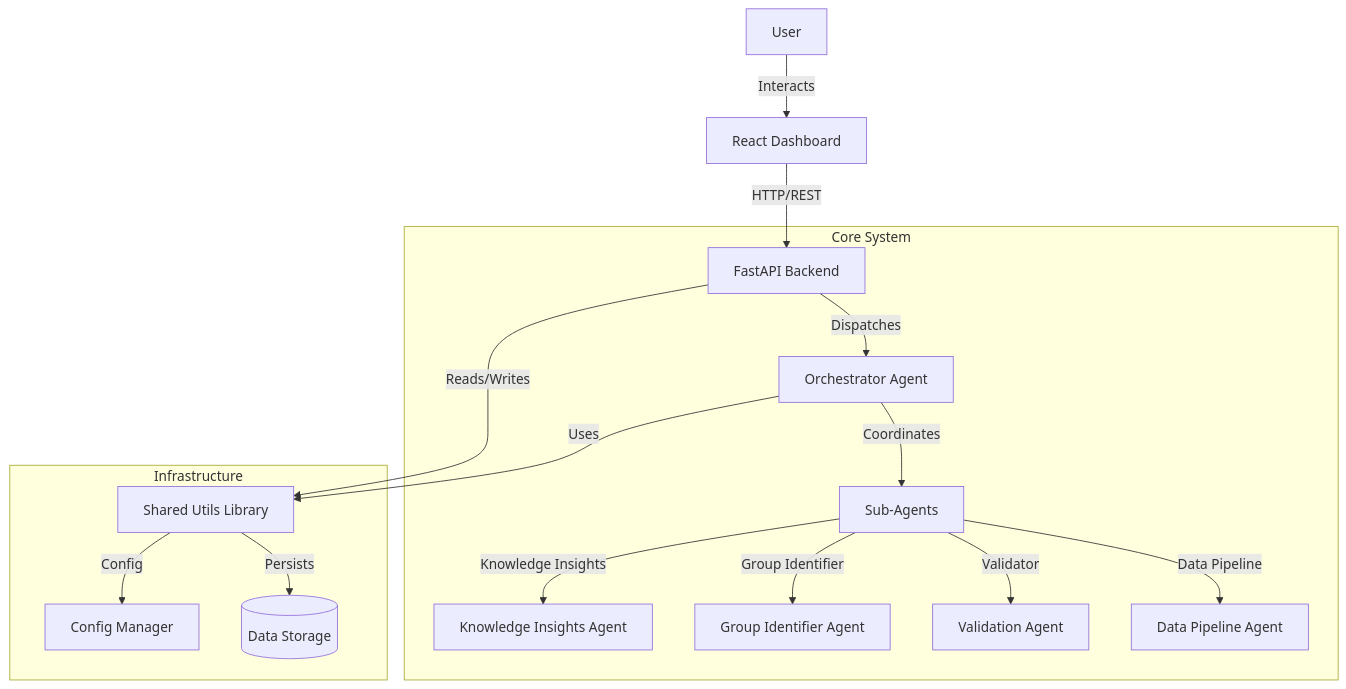
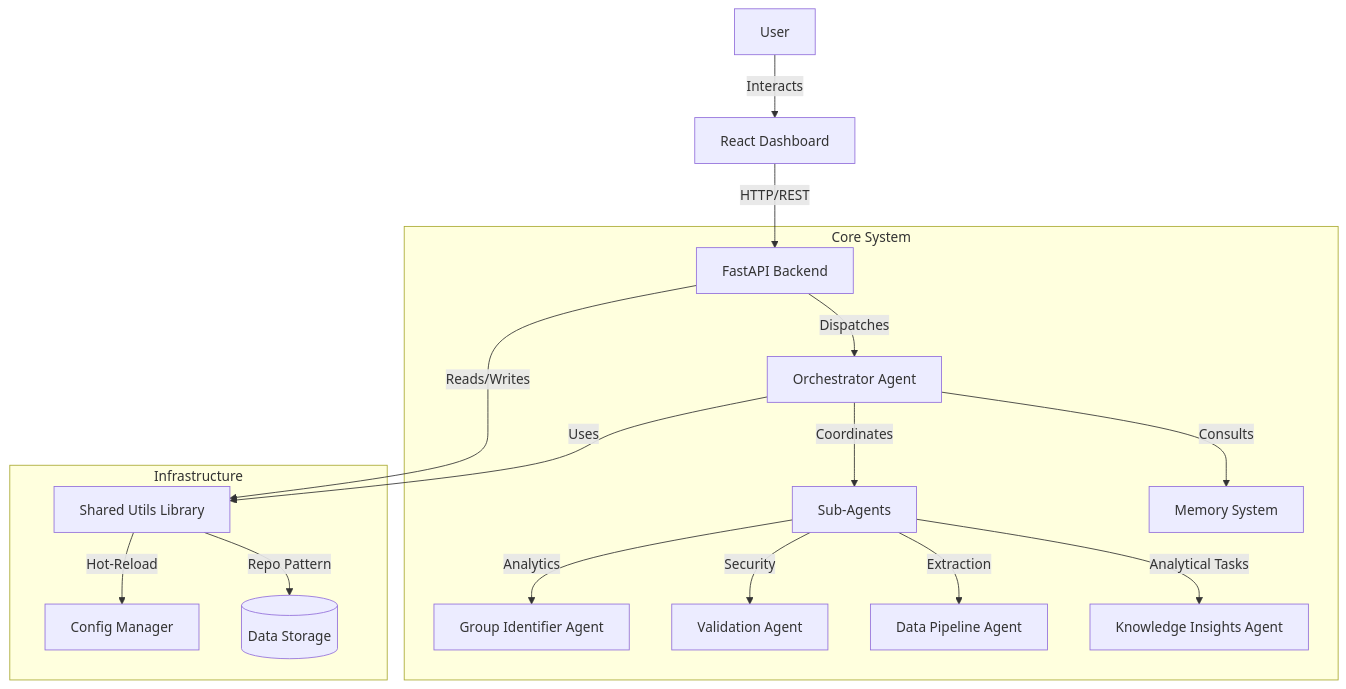
The diagram in README.md (MoMakkawi/Agentic_tracking_system), drawn with Mermaid before and after one commit. The commit also changed other lines of this file, not shown here.

````diff
--- a/README.md
+++ b/README.md
@@ -29,22 +29,23 @@
 ```mermaid
 graph TD
     User[User] -->|Interacts| Dashboard[React Dashboard]
     Dashboard -->|HTTP/REST| API[FastAPI Backend]
     
     subgraph Core_System["Core System"]
         API -->|Dispatches| Orchestrator[Orchestrator Agent]
+        Orchestrator -->|Consults| Memory[Memory System]
         Orchestrator -->|Coordinates| SubAgents[Sub-Agents]
         
-        SubAgents -->|Data Pipeline| DataPipeline[Data Pipeline Agent]
-        SubAgents -->|Validator| Validation[Validation Agent]
-        SubAgents -->|Group Identifier| GroupIdentifier[Group Identifier Agent]
-        SubAgents -->|Knowledge Insights| KnowledgeInsights[Knowledge Insights Agent]
+        SubAgents -->|Analytical Tasks| KnowledgeInsights[Knowledge Insights Agent]
+        SubAgents -->|Extraction| DataPipeline[Data Pipeline Agent]
+        SubAgents -->|Security| Validation[Validation Agent]
+        SubAgents -->|Analytics| GroupIdentifier[Group Identifier Agent]
     end
     
     subgraph Infrastructure
         API -->|Reads/Writes| Utils[Shared Utils Library]
         Orchestrator -->|Uses| Utils
-        Utils -->|Persists| Storage[(Data Storage)]
-        Utils -->|Config| Config[Config Manager]
+        Utils -->|Repo Pattern| Storage[(Data Storage)]
+        Utils -->|Hot-Reload| Config[Config Manager]
     end
 ```
````
